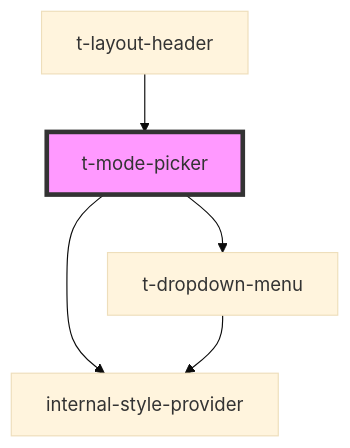
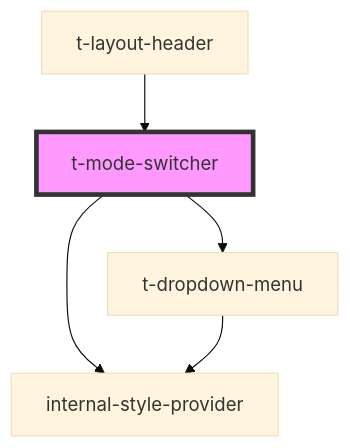
The diagram in packages/stencil/src/components/t-mode-switcher/readme.md (TomasEng/web-components), drawn with Mermaid (base theme) before and after one commit. The commit also changed 37 other files, not shown here.

````diff
--- a/packages/stencil/src/components/t-mode-switcher/readme.md
+++ b/packages/stencil/src/components/t-mode-switcher/readme.md
@@ -28,8 +28,8 @@
 ```mermaid
 graph TD;
-  t-mode-picker --> internal-style-provider
-  t-mode-picker --> t-dropdown-menu
+  t-mode-switcher --> internal-style-provider
+  t-mode-switcher --> t-dropdown-menu
   t-dropdown-menu --> internal-style-provider
-  t-layout-header --> t-mode-picker
-  style t-mode-picker fill:#f9f,stroke:#333,stroke-width:4px
+  t-layout-header --> t-mode-switcher
+  style t-mode-switcher fill:#f9f,stroke:#333,stroke-width:4px
 ```
````
